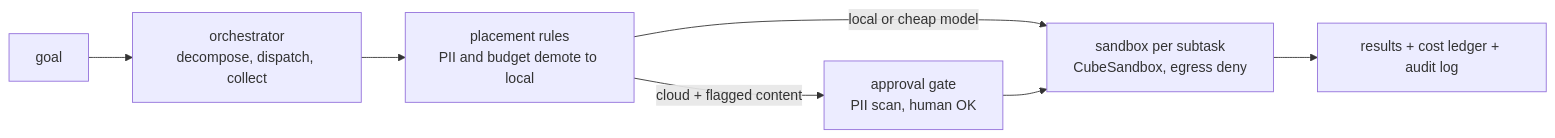
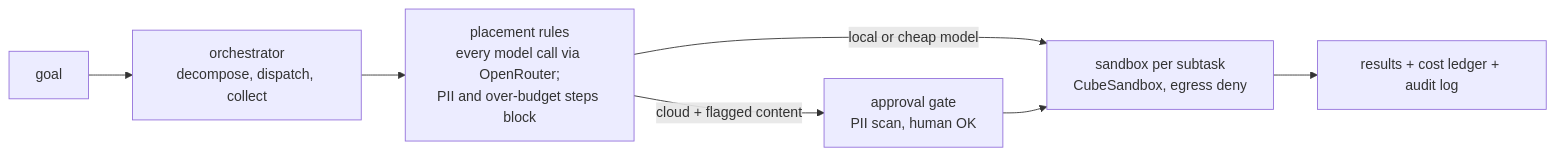
One commit to duketopceo/open-computer changed the diagram in README.md. Above: the diagram before and after it, drawn with Mermaid. The commit also changed 23 other files, not shown here.

First line of the commit message:
fix(routing): every model call goes through OpenRouter; approving a plan resumes the chat (#148)

````diff
--- a/README.md
+++ b/README.md
@@ -36,9 +36,9 @@
 ```mermaid
 flowchart LR
   G[goal] --> O[orchestrator<br/>decompose, dispatch, collect]
-  O --> P[placement rules<br/>PII and budget demote to local]
+  O --> P[placement rules<br/>every model call via OpenRouter;<br/>PII and over-budget steps block]
   P -->|local or cheap model| S[sandbox per subtask<br/>CubeSandbox, egress deny]
   P -->|cloud + flagged content| A[approval gate<br/>PII scan, human OK]
   A --> S
   S --> R[results + cost ledger + audit log]
 ```
````
